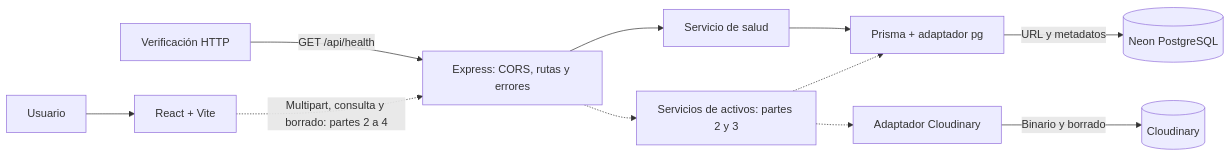
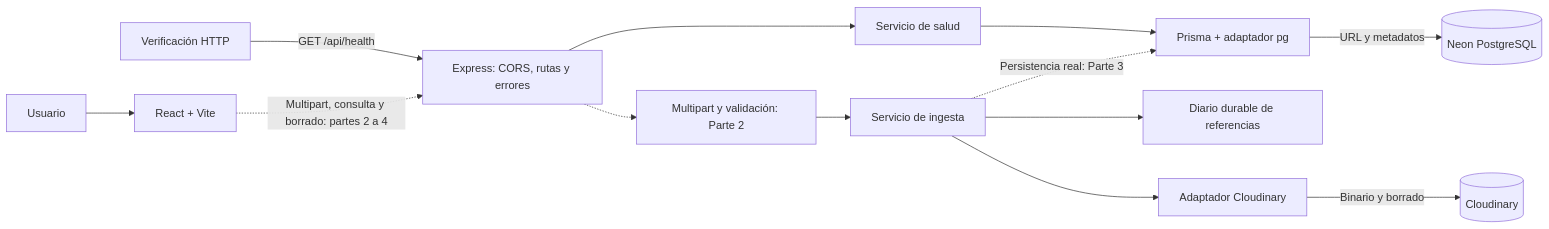
One commit to juanffff-hub/cloud-media-vault changed the diagram in docs/arquitectura.md. Above: the diagram before and after it, drawn with Mermaid. The commit also changed other lines of this file and 8 other files, not shown here.

First line of the commit message:
test(upload): cubrir multipart y proveedor cloud

````diff
--- a/docs/arquitectura.md
+++ b/docs/arquitectura.md
@@ -6,13 +6,15 @@
 ```mermaid
 flowchart LR
   Usuario[Usuario] --> React[React + Vite]
   Prueba[Verificación HTTP] -->|GET /api/health| API[Express: CORS, rutas y errores]
   React -.->|Multipart, consulta y borrado: partes 2 a 4| API
   API --> Salud[Servicio de salud]
   Salud --> Prisma[Prisma + adaptador pg]
   Prisma -->|URL y metadatos| Neon[(Neon PostgreSQL)]
-  API -.-> Servicios[Servicios de activos: partes 2 y 3]
-  Servicios -.-> Cloud[Adaptador Cloudinary]
+  API -.-> Ingesta[Multipart y validación: Parte 2]
+  Ingesta --> Servicios[Servicio de ingesta]
+  Servicios --> Diario[Diario durable de referencias]
+  Servicios --> Cloud[Adaptador Cloudinary]
   Cloud -->|Binario y borrado| Cloudinary[(Cloudinary)]
-  Servicios -.-> Prisma
+  Servicios -.->|Persistencia real: Parte 3| Prisma
 ```
````
